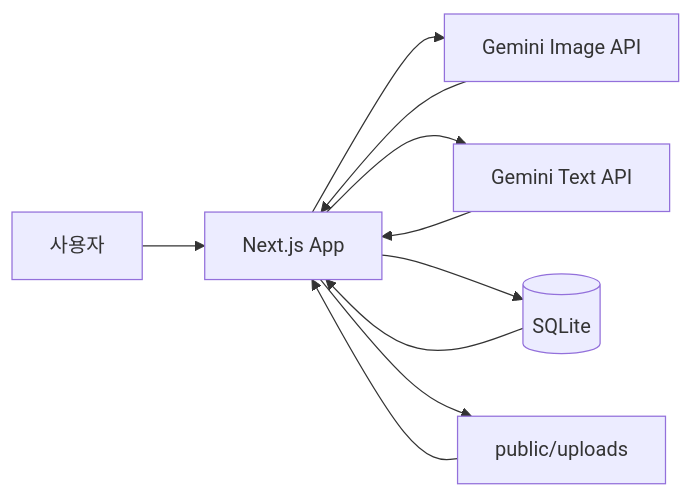
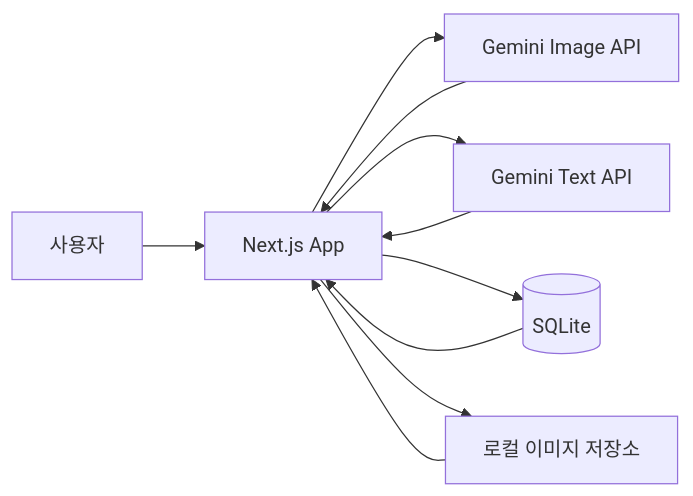
Before and after one commit to taek105/AI_outfit_Builder: the diagram in README.md, drawn with Mermaid. The commit also changed other lines of this file, not shown here.

````diff
--- a/README.md
+++ b/README.md
@@ -31,13 +31,13 @@
 ```mermaid
 flowchart LR
   User[사용자] --> Next[Next.js App]
   Next --> ImageAPI[Gemini Image API]
   Next --> TextAPI[Gemini Text API]
   Next --> SQLite[(SQLite)]
-  Next --> Uploads[public/uploads]
+  Next --> Uploads[로컬 이미지 저장소]
 
   ImageAPI --> Next
   TextAPI --> Next
   SQLite --> Next
   Uploads --> Next
 ```
````
